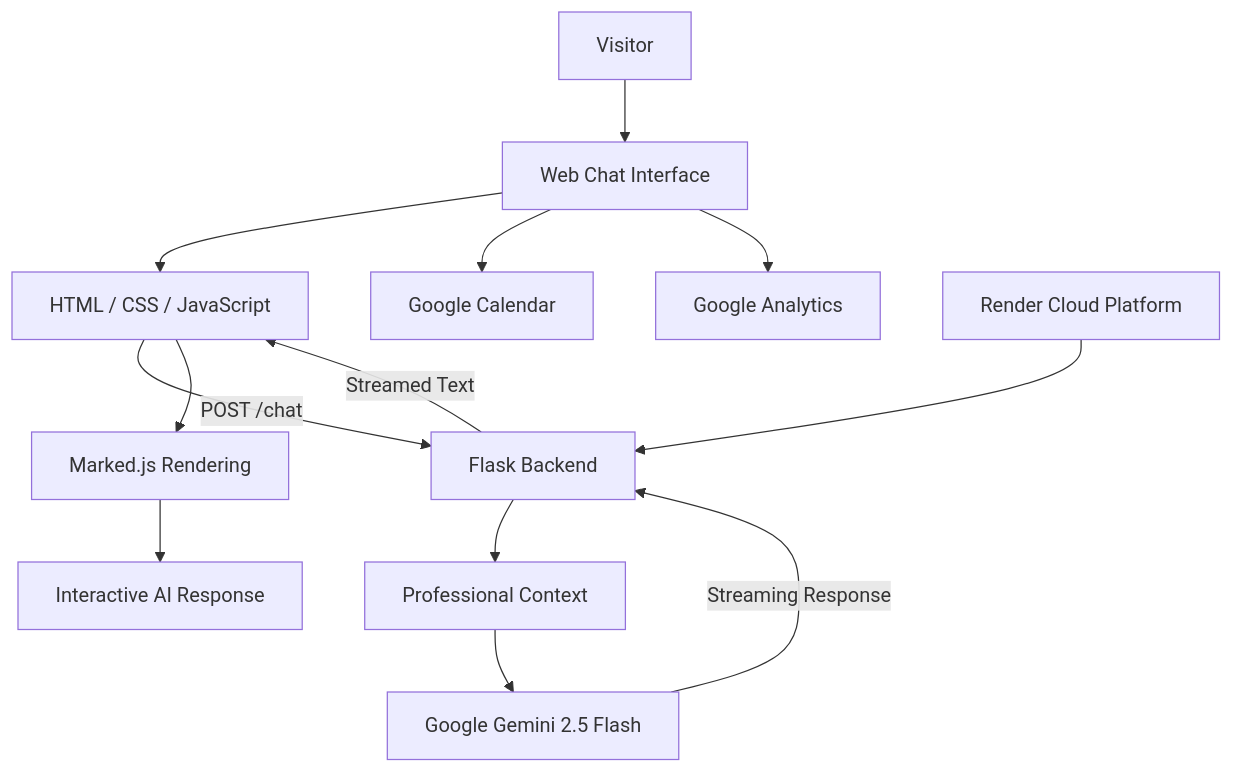
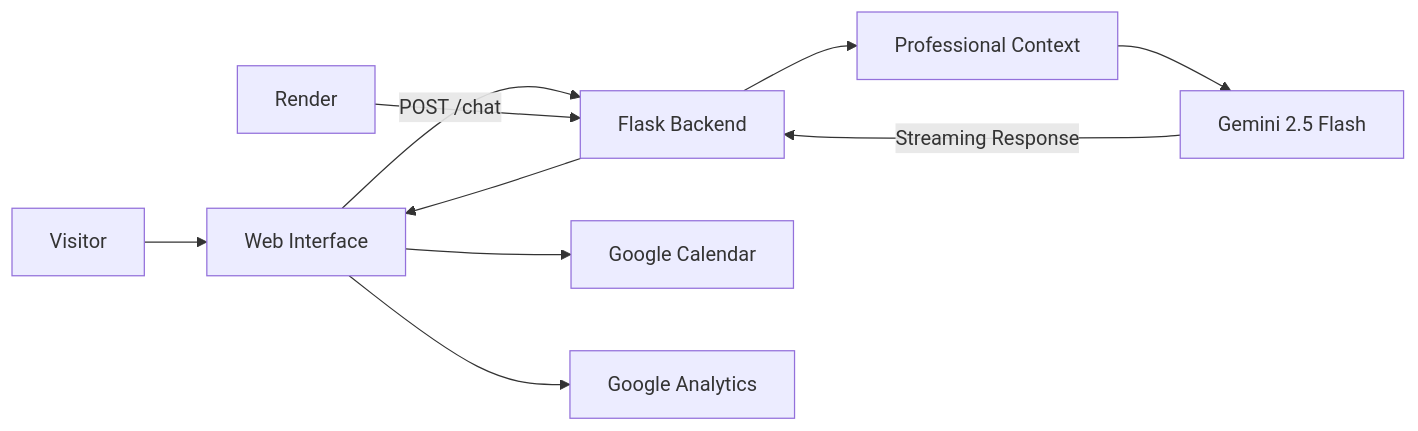
Before and after one commit to Abel-lab-dot/Personal-Agentic-AI: the diagram in README.md, drawn with Mermaid. The commit also changed other lines of this file, not shown here.

````diff
--- a/README.md
+++ b/README.md
@@ -167,27 +56,14 @@
 ```mermaid
-flowchart TD
+flowchart LR
+    A[Visitor] --> B[Web Interface]
+    B -->|POST /chat| C[Flask Backend]
+    C --> D[Professional Context]
+    D --> E[Gemini 2.5 Flash]
+    E -->|Streaming Response| C
+    C --> B
 
-    A[Visitor] --> B[Web Chat Interface]
+    B --> F[Google Calendar]
+    B --> G[Google Analytics]
 
-    B --> C[HTML / CSS / JavaScript]
-
-    C -->|POST /chat| D[Flask Backend]
-
-    D --> E[Professional Context]
-
-    E --> F[Google Gemini 2.5 Flash]
-
-    F -->|Streaming Response| D
-
-    D -->|Streamed Text| C
-
-    C --> G[Marked.js Rendering]
-
-    G --> H[Interactive AI Response]
-
-    B --> I[Google Calendar]
-
-    B --> J[Google Analytics]
-
-    K[Render Cloud Platform] --> D
+    H[Render] --> C
 ```
````
